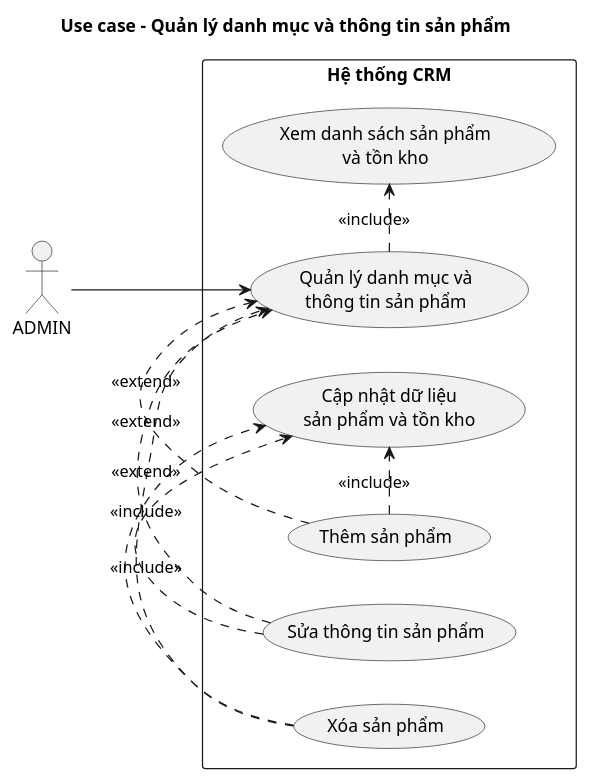
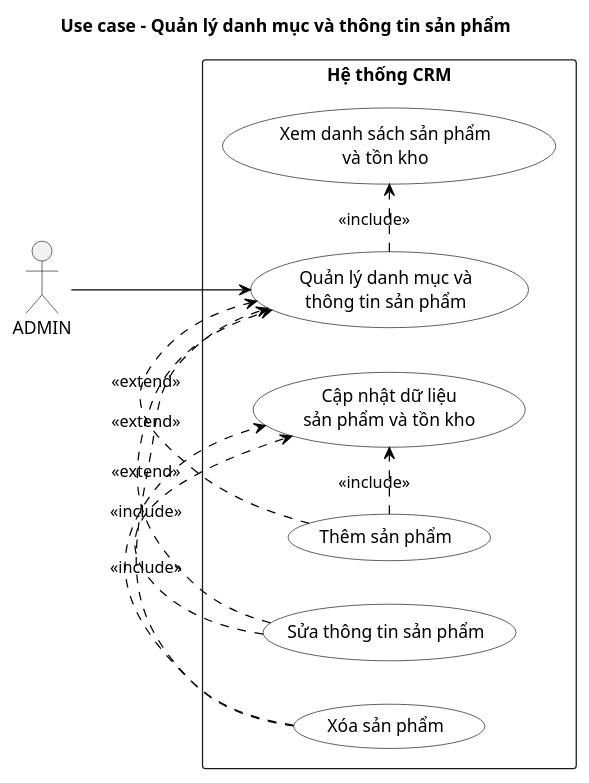
Before and after one commit to duygri/do-an-htttdn-crm: the diagram in docs/diagrams/admin/use-case/plantuml/06-product-management.puml, drawn with PlantUML. The commit also changed 66 other files, not shown here.

Commit message:
docs: standardize customer and admin diagrams

```diff
--- a/docs/diagrams/admin/use-case/plantuml/06-product-management.puml
+++ b/docs/diagrams/admin/use-case/plantuml/06-product-management.puml
@@ -1,27 +1,32 @@
 @startuml
 title Use case - Quản lý danh mục và thông tin sản phẩm
 
 left to right direction
+skinparam monochrome true
 skinparam packageStyle rectangle
 skinparam shadowing false
-
+skinparam usecase {
+    BackgroundColor White
+    BorderColor Black
+    ArrowColor Black
+}
 actor "ADMIN" as Admin
 
 rectangle "Hệ thống CRM" {
   usecase "Quản lý danh mục và\nthông tin sản phẩm" as ManageProducts
   usecase "Xem danh sách sản phẩm\nvà tồn kho" as ViewProducts
   usecase "Thêm sản phẩm" as AddProduct
   usecase "Sửa thông tin sản phẩm" as EditProduct
   usecase "Xóa sản phẩm" as DeleteProduct
   usecase "Cập nhật dữ liệu\nsản phẩm và tồn kho" as UpdateProductData
 }
 
 Admin --> ManageProducts
 ManageProducts .> ViewProducts : <<include>>
 AddProduct .> ManageProducts : <<extend>>
 EditProduct .> ManageProducts : <<extend>>
 DeleteProduct .> ManageProducts : <<extend>>
 AddProduct .> UpdateProductData : <<include>>
 EditProduct .> UpdateProductData : <<include>>
 DeleteProduct .> UpdateProductData : <<include>>
 @enduml
```
